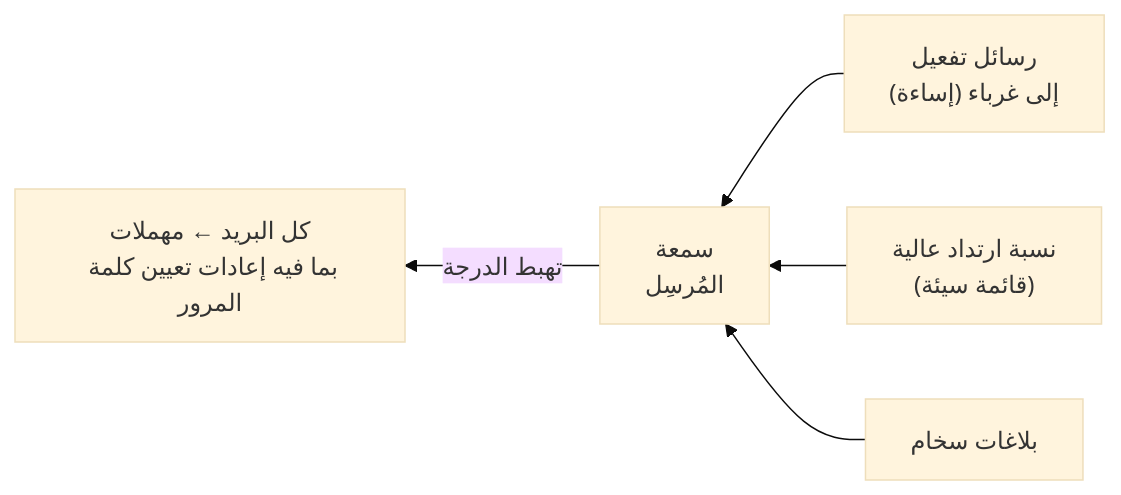
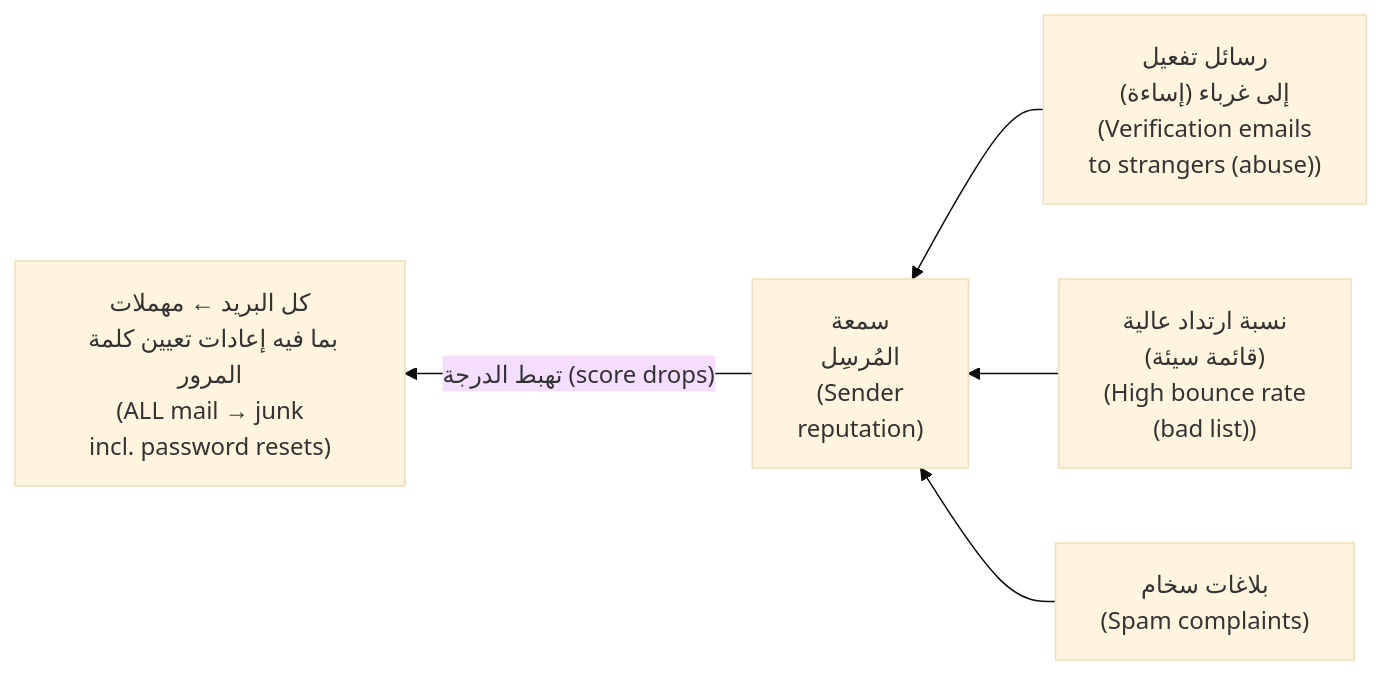
The fifth of 7 diagrams in modules/05-users-abuse/module.ar.md (Tamoura/system-design-for-vibe-coders), drawn with Mermaid (base theme) before and after one commit. The commit also changed other lines of this file and 62 other files, not shown here.

First line of the commit message:
Arabic editions: English on every diagram label, RTL fixes, rebuild

````diff
--- a/modules/05-users-abuse/module.ar.md
+++ b/modules/05-users-abuse/module.ar.md
@@ -677,7 +677,7 @@
 ```mermaid
 flowchart RL
-    A["رسائل تفعيل<br/>إلى غرباء (إساءة)"] --> R["سمعة<br/>المُرسِل"]
-    B["نسبة ارتداد عالية<br/>(قائمة سيئة)"] --> R
-    C["بلاغات سخام"] --> R
-    R -->|"تهبط الدرجة"| D["كل البريد ← مهملات<br/>بما فيه إعادات تعيين كلمة المرور"]
+    A["رسائل تفعيل<br/>إلى غرباء (إساءة)<br/>(Verification emails<br/>to strangers (abuse))"] --> R["سمعة<br/>المُرسِل<br/>(Sender<br/>reputation)"]
+    B["نسبة ارتداد عالية<br/>(قائمة سيئة)<br/>(High bounce rate<br/>(bad list))"] --> R
+    C["بلاغات سخام<br/>(Spam complaints)"] --> R
+    R -->|"تهبط الدرجة (score drops)"| D["كل البريد ← مهملات<br/>بما فيه إعادات تعيين كلمة المرور<br/>(ALL mail → junk<br/>incl. password resets)"]
 ```
````
